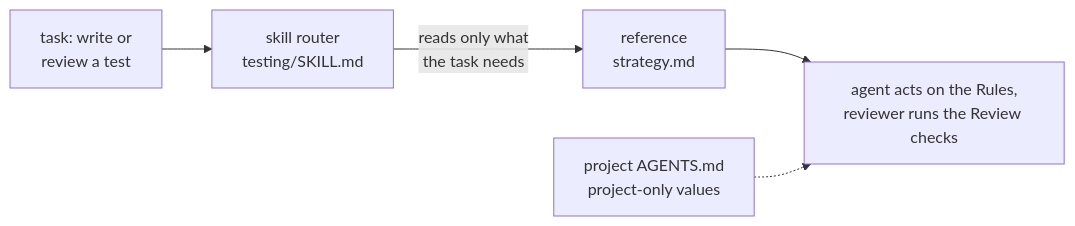
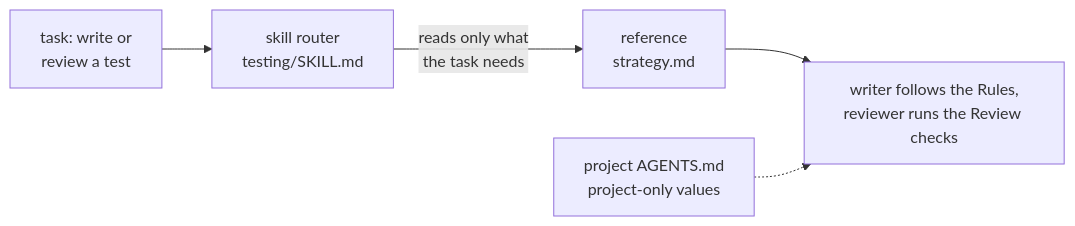
The diagram in README.md (chiyanram/skills), drawn with Mermaid before and after one commit. The commit also changed other lines of this file and 218 other files, not shown here.

````diff
--- a/README.md
+++ b/README.md
@@ -39,7 +46,7 @@
 ```mermaid
 flowchart LR
     T["task: write or<br/>review a test"] --> S["skill router<br/>testing/SKILL.md"]
     S -->|"reads only what<br/>the task needs"| R["reference<br/>strategy.md"]
-    R --> A["agent acts on the Rules,<br/>reviewer runs the Review checks"]
+    R --> A["writer follows the Rules,<br/>reviewer runs the Review checks"]
     P["project AGENTS.md<br/>project-only values"] -.-> A
 ```
````
